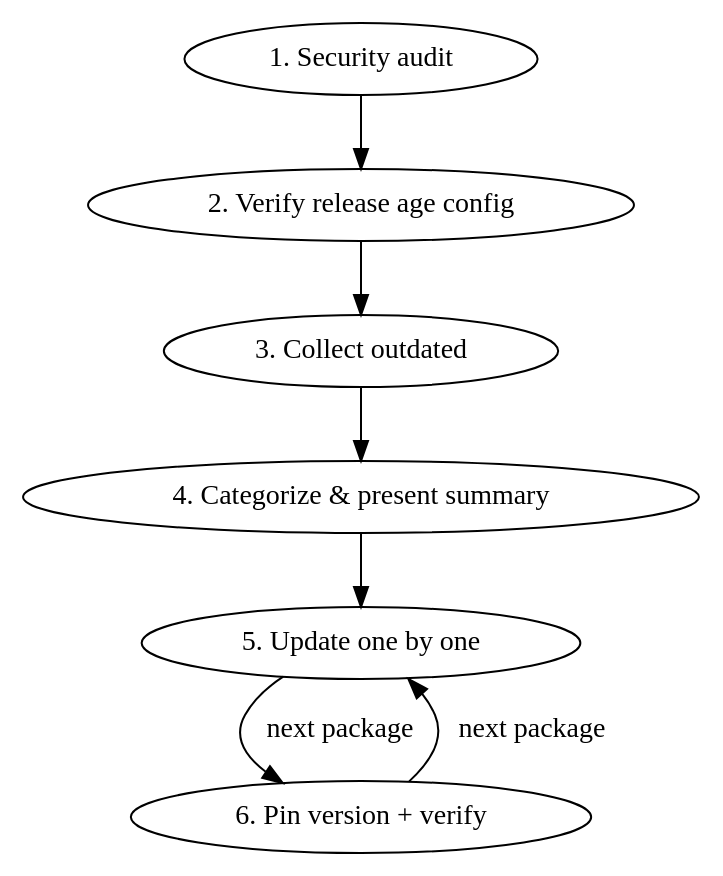
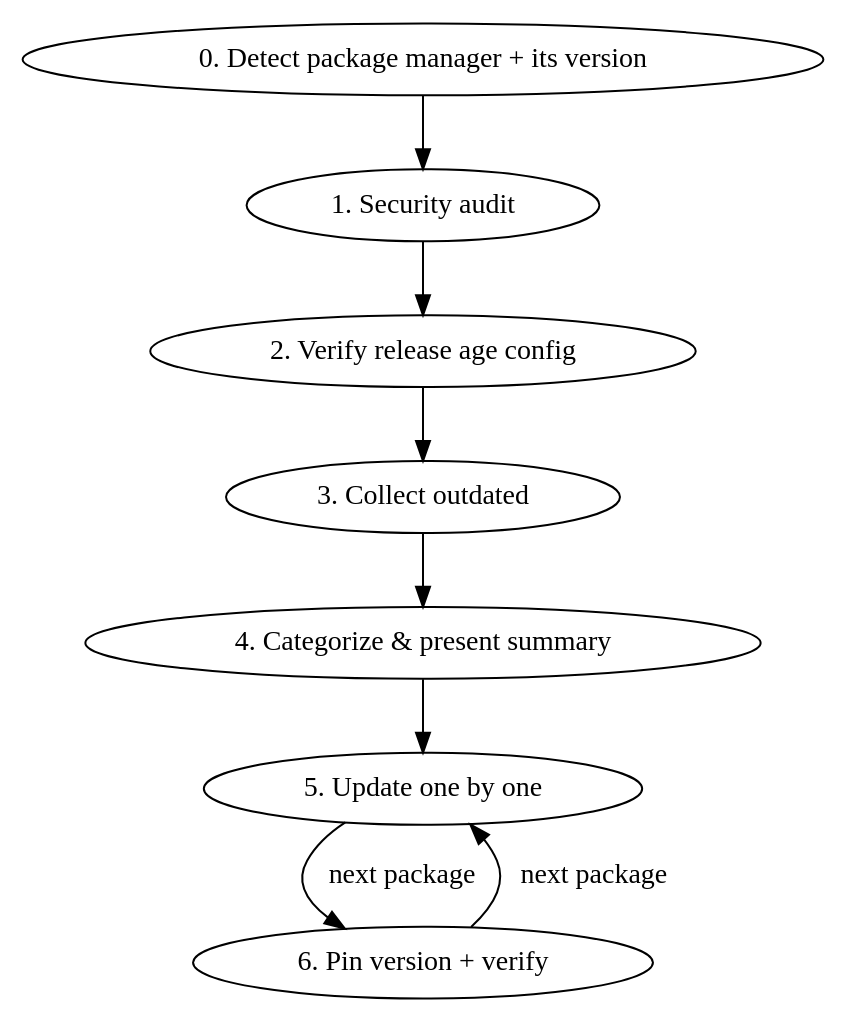
The diagram in configs/claude/skills/package-update-js/SKILL.md (neoighodaro/dotfiles), drawn with Graphviz before and after one commit. The commit also changed other lines of this file, not shown here.

Commit message:
feat(claude): make package-update-js skill package-manager agnostic

````diff
--- a/configs/claude/skills/package-update-js/SKILL.md
+++ b/configs/claude/skills/package-update-js/SKILL.md
@@ -16,10 +16,11 @@
 ```dot
 digraph package_update {
     rankdir=TB;
+    "0. Detect package manager + its version" -> "1. Security audit";
     "1. Security audit" -> "2. Verify release age config";
     "2. Verify release age config" -> "3. Collect outdated";
     "3. Collect outdated" -> "4. Categorize & present summary";
     "4. Categorize & present summary" -> "5. Update one by one";
     "5. Update one by one" -> "6. Pin version + verify" -> "5. Update one by one" [label="next package"];
 }
 ```
````
